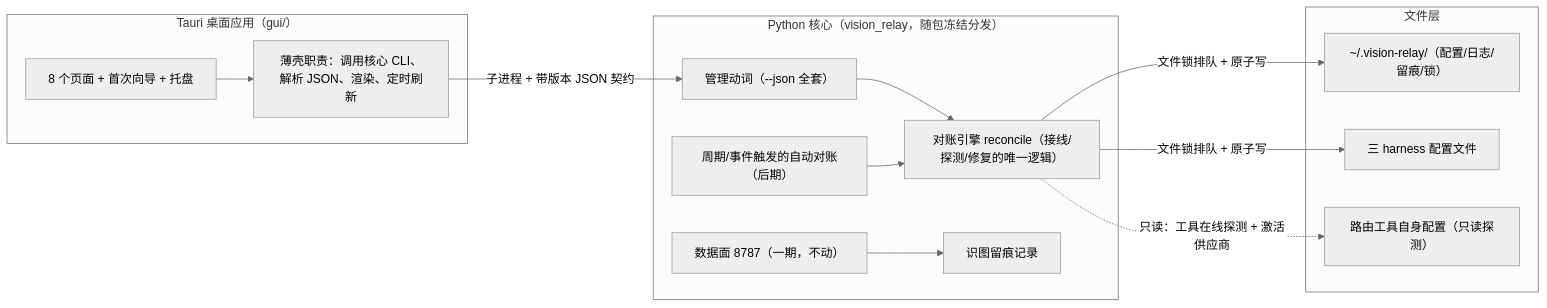
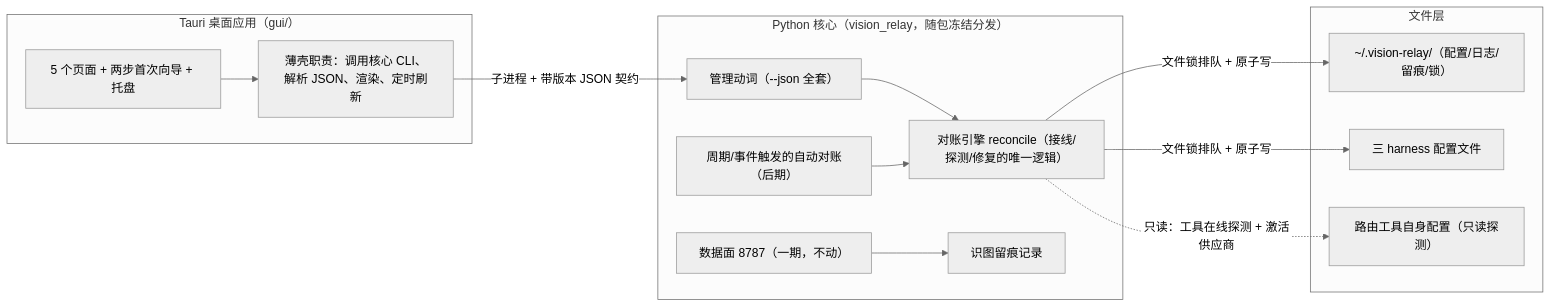
Before and after one commit to jarvislee90s-dot/vision-relay: the diagram in docs/superpowers/specs/2026-08-21-vision-relay-phase2-control-plane-design.md, drawn with Mermaid (neutral theme). The commit also changed other lines of this file, not shown here.

Commit message:
docs: sync spec with final demo — 5-page architecture diagram, passive model annotation, read-only diagnosis wording, phase-3 list additions

````diff
--- a/docs/superpowers/specs/2026-08-21-vision-relay-phase2-control-plane-design.md
+++ b/docs/superpowers/specs/2026-08-21-vision-relay-phase2-control-plane-design.md
@@ -46,25 +46,25 @@
 ```mermaid
 flowchart LR
     subgraph GUI["Tauri 桌面应用（gui/）"]
-        UI["8 个页面 + 首次向导 + 托盘"]
+        UI["5 个页面 + 两步首次向导 + 托盘"]
         SHELL["薄壳职责：调用核心 CLI、解析 JSON、渲染、定时刷新"]
     end
     subgraph CORE["Python 核心（vision_relay，随包冻结分发）"]
         VERBS["管理动词（--json 全套）"]
         REC["对账引擎 reconcile（接线/探测/修复的唯一逻辑）"]
         DATA["数据面 8787（一期，不动）"]
         WATCH["周期/事件触发的自动对账（后期）"]
         TRACE["识图留痕记录"]
     end
     subgraph FILES["文件层"]
         CFG["~/.vision-relay/（配置/日志/留痕/锁）"]
         H["三 harness 配置文件"]
         TOOLS["路由工具自身配置（只读探测）"]
     end
     UI --> SHELL -->|"子进程 + 带版本 JSON 契约"| VERBS
     VERBS --> REC
     WATCH --> REC
     DATA --> TRACE
     REC -->|"文件锁排队 + 原子写"| CFG & H
     REC -.->|"只读：工具在线探测 + 激活供应商"| TOOLS
 ```
````
